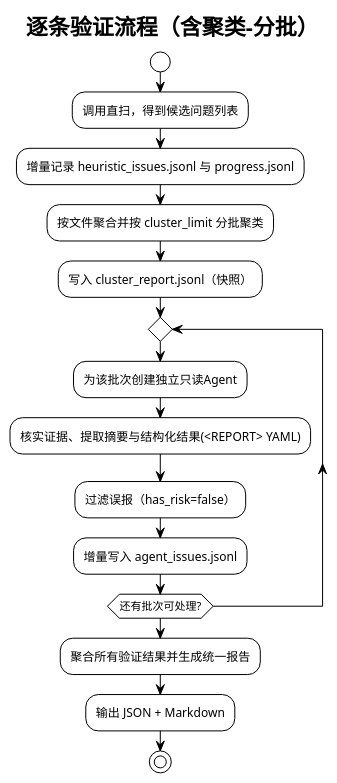
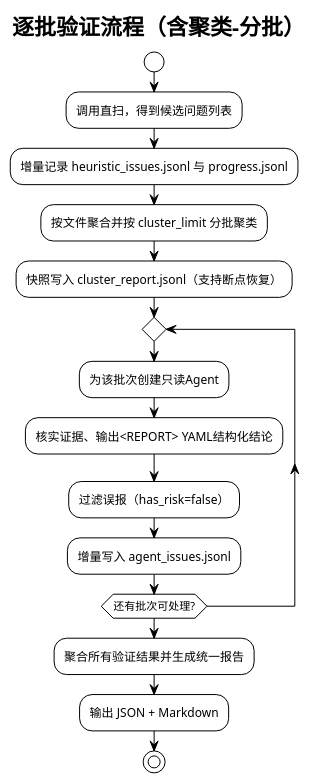
Before and after one commit to skyfireitdiy/Jarvis: the fourth of 4 diagrams in docs/架构设计/jarvis-sec系统架构设计.md, drawn with PlantUML. The commit also changed other lines of this file, not shown here.

````diff
--- a/docs/架构设计/jarvis-sec系统架构设计.md
+++ b/docs/架构设计/jarvis-sec系统架构设计.md
@@ -126,21 +197,21 @@
 ```plantuml
 @startuml
 !theme plain
-title 逐条验证流程（含聚类-分批）
+title 逐批验证流程（含聚类-分批）
 
 start
 :调用直扫，得到候选问题列表;
 :增量记录 heuristic_issues.jsonl 与 progress.jsonl;
 :按文件聚合并按 cluster_limit 分批聚类;
-:写入 cluster_report.jsonl（快照）;
+:快照写入 cluster_report.jsonl（支持断点恢复）;
 repeat
-  :为该批次创建独立只读Agent;
-  :核实证据、提取摘要与结构化结果(<REPORT> YAML);
+  :为该批次创建只读Agent;
+  :核实证据、输出<REPORT> YAML结构化结论;
   :过滤误报（has_risk=false）;
   :增量写入 agent_issues.jsonl;
 repeat while(还有批次可处理?)
 :聚合所有验证结果并生成统一报告;
 :输出 JSON + Markdown;
 stop
 @enduml
 ```
````
